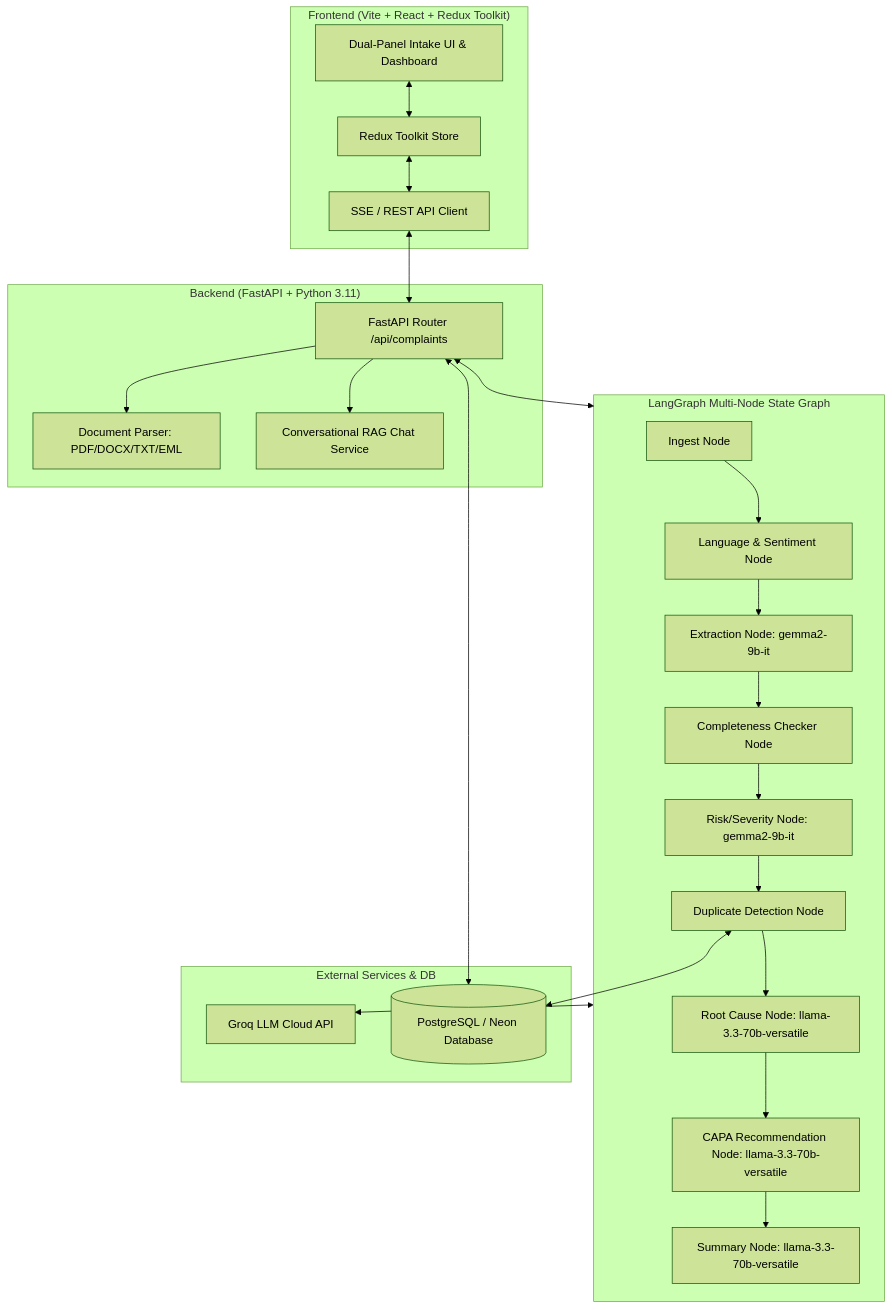
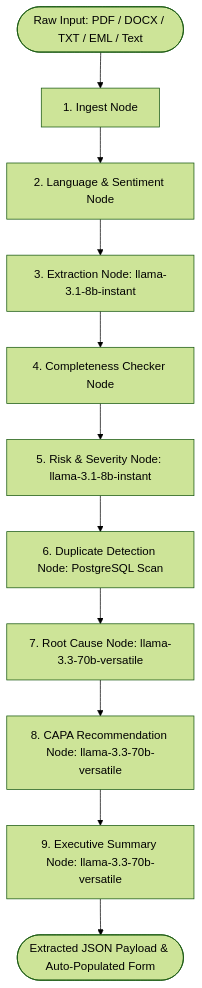
One commit to sabatsambit49-dot/AI-Powered-Customer-Complaint-Management-System- changed the second of 3 diagrams in README.md. Above: the diagram before and after it, drawn with Mermaid (forest theme). The commit also changed other lines of this file, not shown here.

Commit message:
docs: update README and architecture diagrams to reflect auth, CRUD actions, and 9-node LangGraph pipeline

````diff
--- a/README.md
+++ b/README.md
@@ -29,40 +91,13 @@
 ```mermaid
-graph TD
-    subgraph Frontend["Frontend (Vite + React + Redux Toolkit)"]
-        UI[Dual-Panel Intake UI & Dashboard]
-        Store[Redux Toolkit Store]
-        SSE[SSE / REST API Client]
-        UI <--> Store
-        Store <--> SSE
-    end
-
-    subgraph Backend["Backend (FastAPI + Python 3.11)"]
-        API[FastAPI Router /api/complaints]
-        Parser[Document Parser: PDF/DOCX/TXT/EML]
-        ChatSvc[Conversational RAG Chat Service]
-        API --> Parser
-        API --> ChatSvc
-    end
-
-    subgraph AgentPipeline["LangGraph Multi-Node State Graph"]
-        N1[Ingest Node] --> N2[Language & Sentiment Node]
-        N2 --> N3[Extraction Node: gemma2-9b-it]
-        N3 --> N4[Completeness Checker Node]
-        N4 --> N5[Risk/Severity Node: gemma2-9b-it]
-        N5 --> N6[Duplicate Detection Node]
-        N6 --> N7[Root Cause Node: llama-3.3-70b-versatile]
-        N7 --> N8[CAPA Recommendation Node: llama-3.3-70b-versatile]
-        N8 --> N9[Summary Node: llama-3.3-70b-versatile]
-    end
-
-    subgraph External["External Services & DB"]
-        Groq[Groq LLM Cloud API]
-        DB[(PostgreSQL / Neon Database)]
-    end
-
-    SSE <--> API
-    API <--> AgentPipeline
-    AgentPipeline <--> Groq
-    N6 <--> DB
-    API <--> DB
+flowchart TD
+    Start([Raw Input: PDF / DOCX / TXT / EML / Text]) --> N1[1. Ingest Node]
+    N1 --> N2[2. Language & Sentiment Node]
+    N2 --> N3[3. Extraction Node: llama-3.1-8b-instant]
+    N3 --> N4[4. Completeness Checker Node]
+    N4 --> N5[5. Risk & Severity Node: llama-3.1-8b-instant]
+    N5 --> N6[6. Duplicate Detection Node: PostgreSQL Scan]
+    N6 --> N7[7. Root Cause Node: llama-3.3-70b-versatile]
+    N7 --> N8[8. CAPA Recommendation Node: llama-3.3-70b-versatile]
+    N8 --> N9[9. Executive Summary Node: llama-3.3-70b-versatile]
+    N9 --> End([Extracted JSON Payload & Auto-Populated Form])
 ```
````
